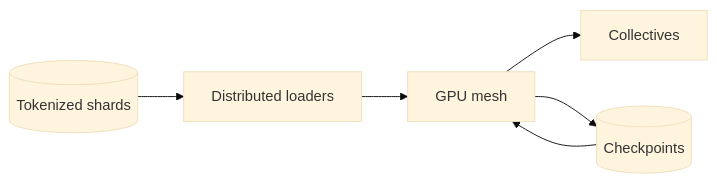
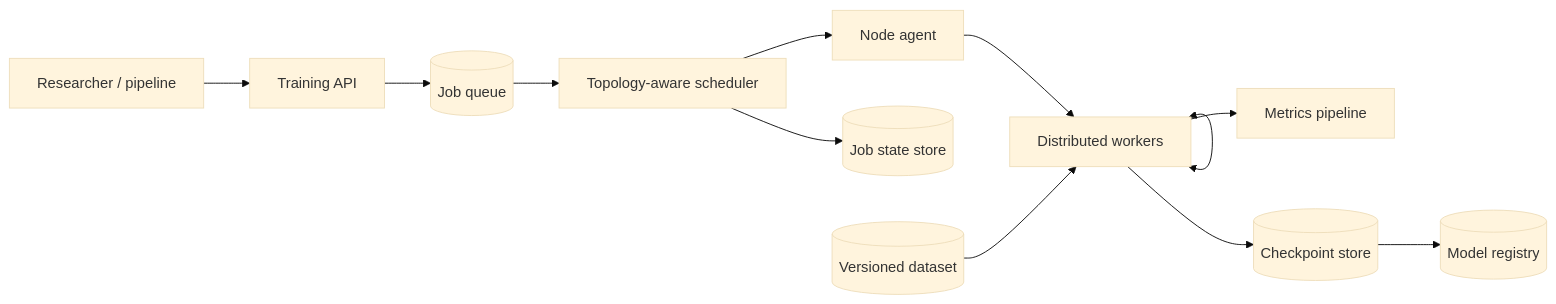
Before and after one commit to yangzichao/www: the diagram in src/content/blog/system-design/llm-training-infra.md, drawn with Mermaid (base theme). The commit also changed other lines of this file and 18 other files, not shown here.

Commit message:
refactor: Revise URL Shortener design document to enhance clarity and detail on system evolution, API specifications, and architectural considerations

````diff
--- a/src/content/blog/system-design/llm-training-infra.md
+++ b/src/content/blog/system-design/llm-training-infra.md
@@ -85,8 +233,14 @@
 ```mermaid
 flowchart LR
-  D[(Tokenized shards)] --> L[Distributed loaders]
-  L --> M[GPU mesh]
-  M --> C[Collectives]
-  M --> K[(Checkpoints)]
-  K --> M
+  U[Researcher / pipeline] --> API[Training API]
+  API --> Q[(Job queue)]
+  Q --> S[Topology-aware scheduler]
+  S --> A[Node agent]
+  A --> W[Distributed workers]
+  W <--> W
+  W --> C[(Checkpoint store)]
+  W --> M[Metrics pipeline]
+  S --> J[(Job state store)]
+  C --> R[(Model registry)]
+  D[(Versioned dataset)] --> W
 ```
````
